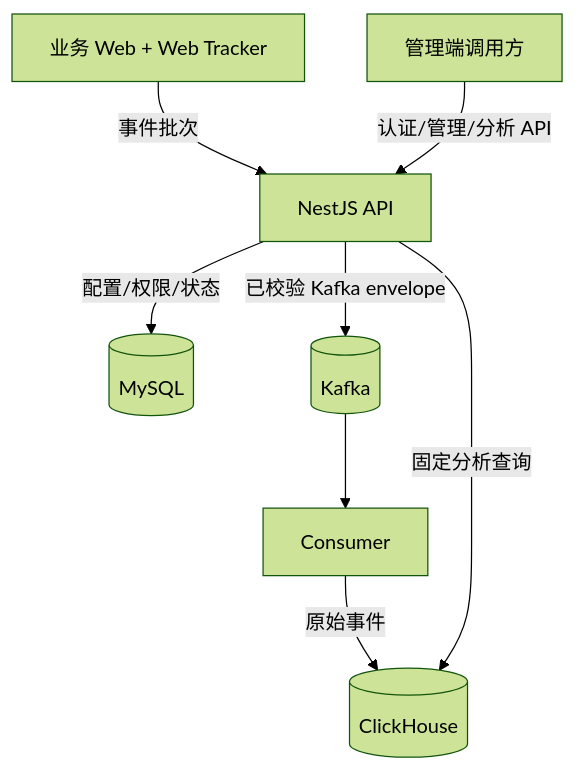
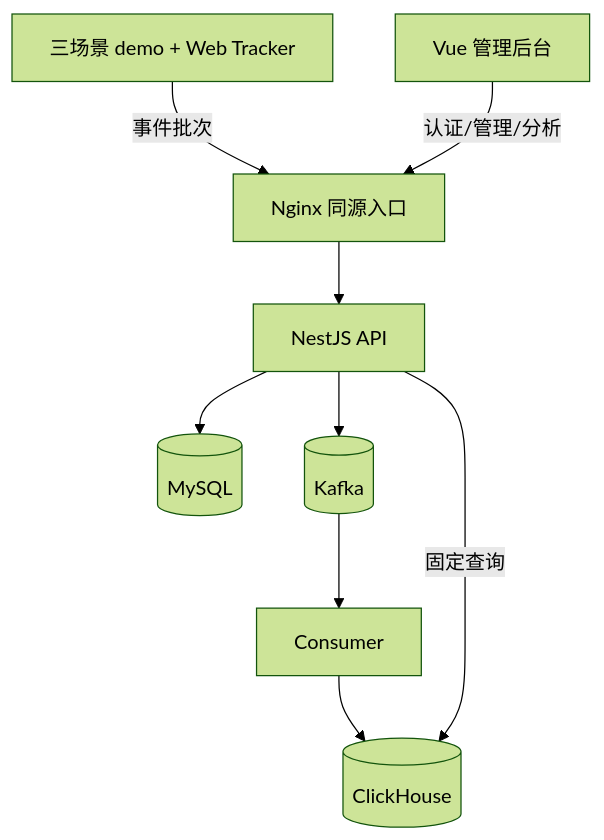
Before and after one commit to captainamari/frontend-insight: the diagram in docs/learning/README.md, drawn with Mermaid (forest theme). The commit also changed other lines of this file and 7 other files, not shown here.

````diff
--- a/docs/learning/README.md
+++ b/docs/learning/README.md
@@ -31,10 +37,11 @@
 ```mermaid
 flowchart TD
-    A["业务 Web + Web Tracker"] -->|"事件批次"| B["NestJS API"]
-    B -->|"配置/权限/状态"| C[(MySQL)]
-    B -->|"已校验 Kafka envelope"| D[(Kafka)]
-    D --> E["Consumer"]
-    E -->|"原始事件"| F[(ClickHouse)]
-    B -->|"固定分析查询"| F
-    G["管理端调用方"] -->|"认证/管理/分析 API"| B
+    D["三场景 demo + Web Tracker"] -->|"事件批次"| N["Nginx 同源入口"]
+    W["Vue 管理后台"] -->|"认证/管理/分析"| N
+    N --> A["NestJS API"]
+    A --> M[(MySQL)]
+    A --> K[(Kafka)]
+    K --> C["Consumer"]
+    C --> H[(ClickHouse)]
+    A -->|"固定查询"| H
 ```
````
